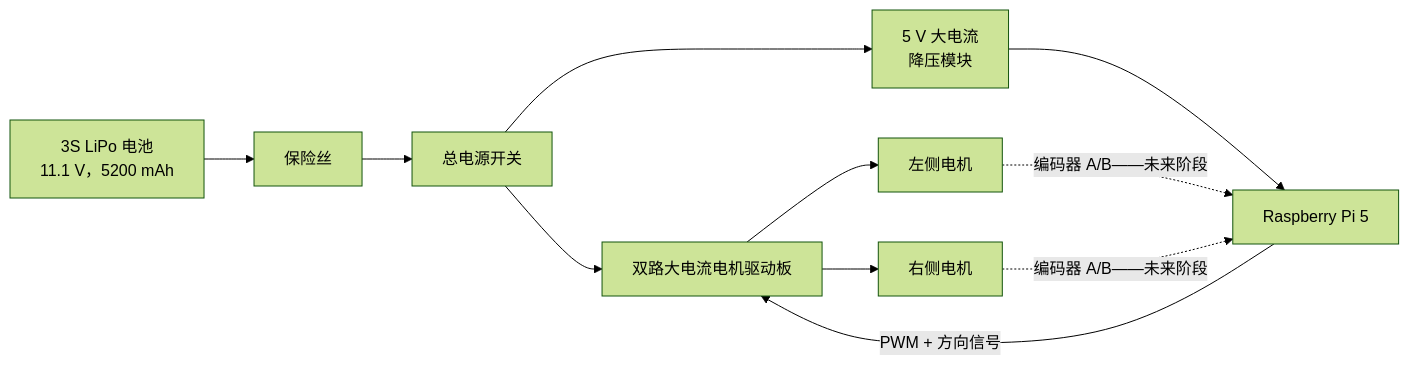
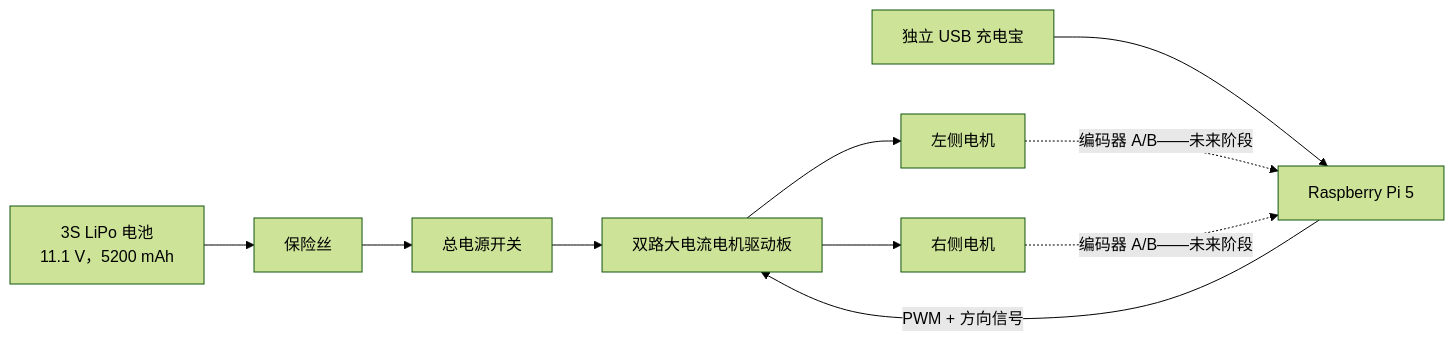
Before and after one commit to AndyChen227/RoverPi: the third of 4 diagrams in README.md, drawn with Mermaid (forest theme). The commit also changed other lines of this file, not shown here.

````diff
--- a/README.md
+++ b/README.md
@@ -296,13 +298,12 @@
 ```mermaid
 flowchart LR
     B["3S LiPo 电池<br/>11.1 V，5200 mAh"] --> F["保险丝"]
     F --> S["总电源开关"]
     S --> D["双路大电流电机驱动板"]
-    S --> C["5 V 大电流<br/>降压模块"]
-    C --> P["Raspberry Pi 5"]
+    U["独立 USB 充电宝"] --> P["Raspberry Pi 5"]
     P -->|"PWM + 方向信号"| D
     D --> M1["左侧电机"]
     D --> M2["右侧电机"]
     M1 -. "编码器 A/B——未来阶段" .-> P
     M2 -. "编码器 A/B——未来阶段" .-> P
 ```
````
